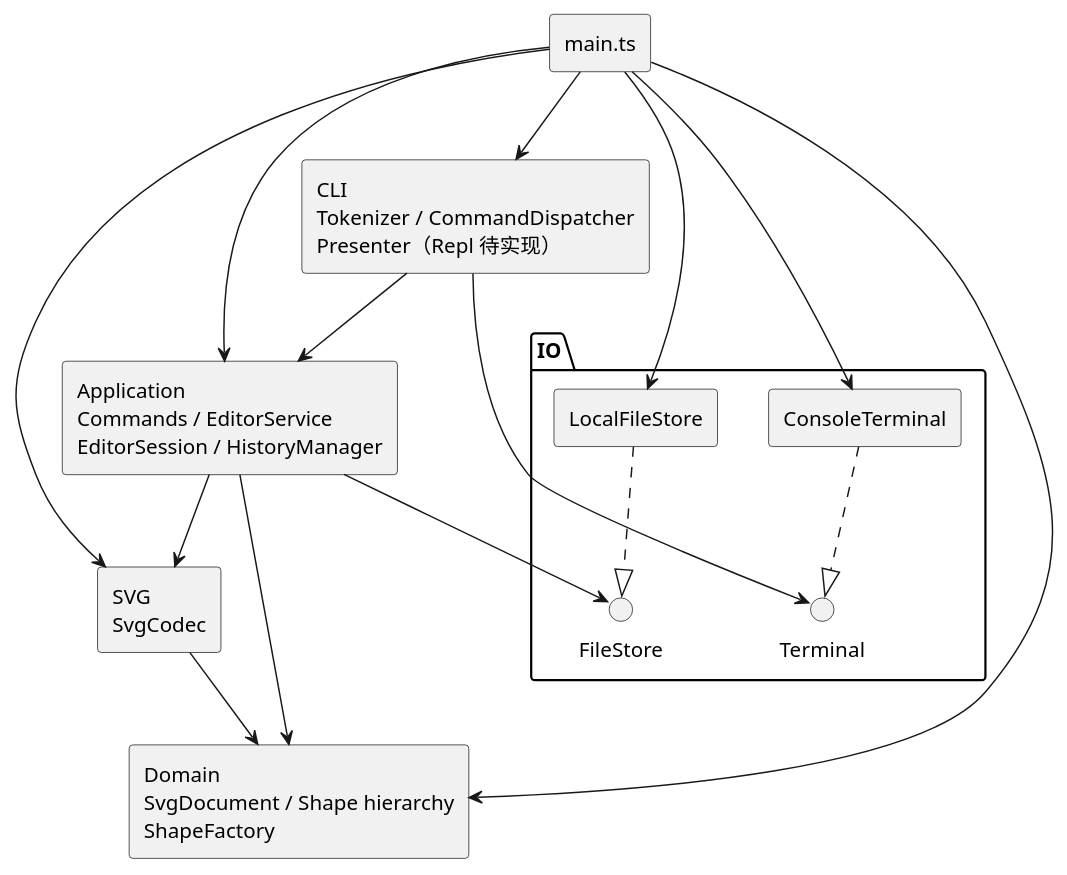
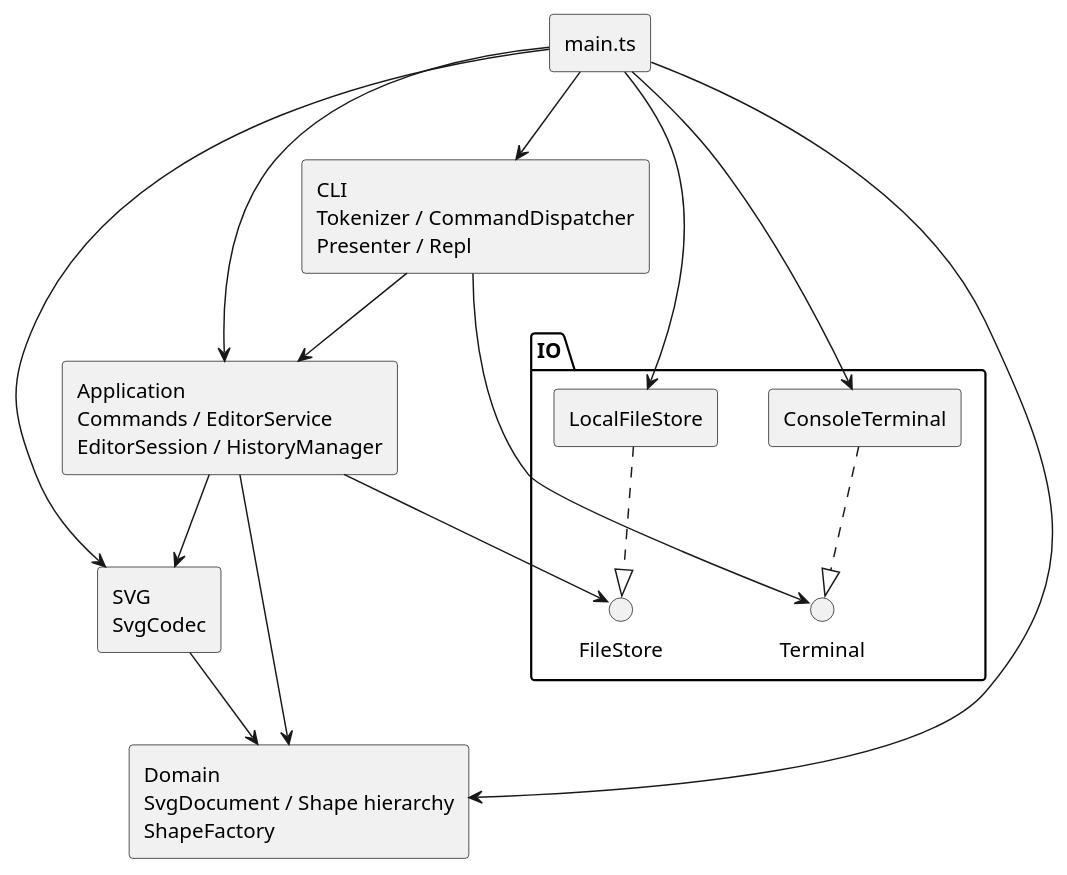
One commit to WSYits/svg-editor-lab changed the diagram in doc/README.md. Above: the diagram before and after it, drawn with PlantUML. The commit also changed other lines of this file and 15 other files, not shown here.

````diff
--- a/doc/README.md
+++ b/doc/README.md
@@ -31,30 +31,30 @@
 ```plantuml
 @startuml
 skinparam componentStyle rectangle
-component "CLI\nTokenizer / CommandDispatcher\nPresenter（Repl 待实现）" as CLI
+component "CLI\nTokenizer / CommandDispatcher\nPresenter / Repl" as CLI
 component "Application\nCommands / EditorService\nEditorSession / HistoryManager" as APP
 component "Domain\nSvgDocument / Shape hierarchy\nShapeFactory" as DOMAIN
 component "SVG\nSvgCodec" as SVG
 package "IO" {
   interface FileStore
   interface Terminal
   component LocalFileStore
   component ConsoleTerminal
   LocalFileStore ..|> FileStore
   ConsoleTerminal ..|> Terminal
 }
 component "main.ts" as MAIN
 CLI --> APP
 CLI --> Terminal
 APP --> DOMAIN
 APP --> SVG
 APP --> FileStore
 SVG --> DOMAIN
 MAIN --> CLI
 MAIN --> APP
 MAIN --> DOMAIN
 MAIN --> SVG
 MAIN --> LocalFileStore
 MAIN --> ConsoleTerminal
 @enduml
 ```
````
